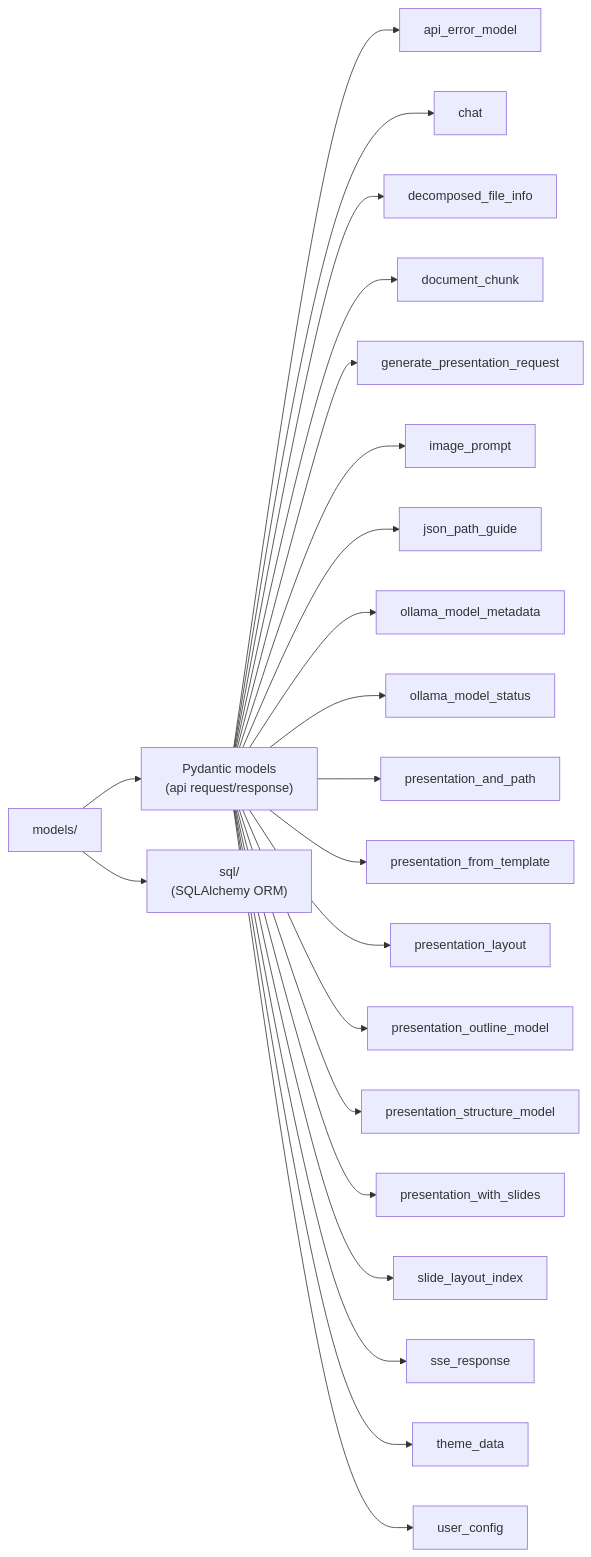
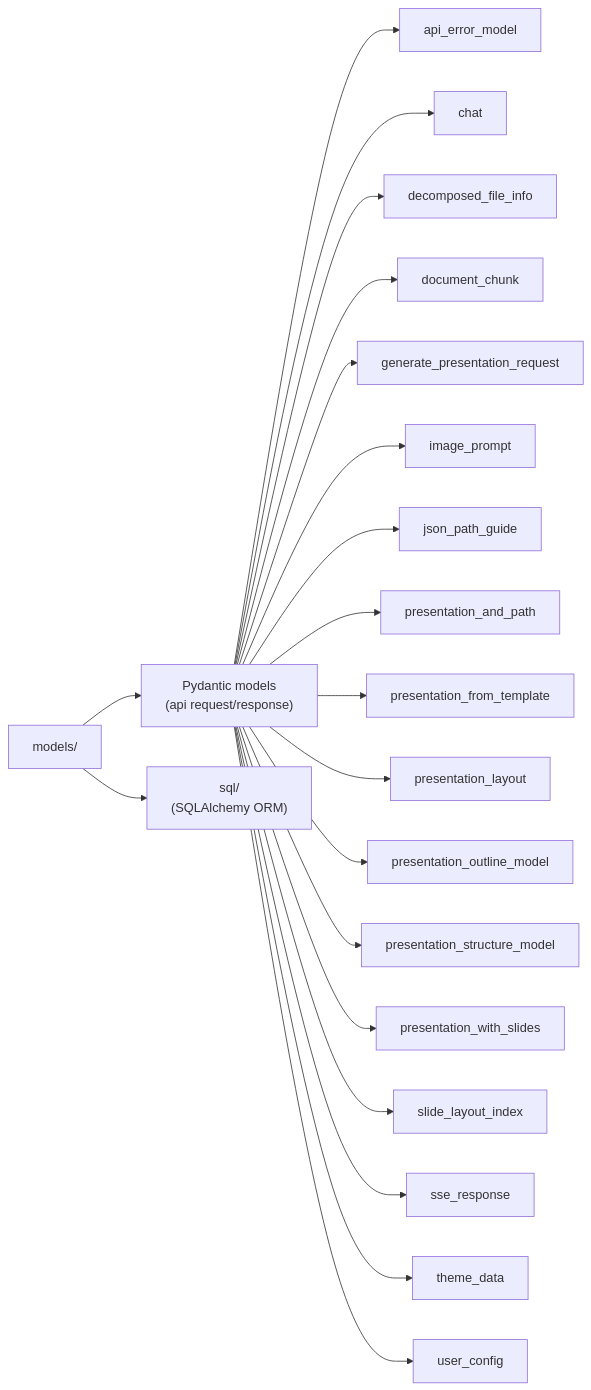
The sixth of 7 diagrams in docs/architecture/03-level-fastapi.md (xuanthai-work/presenton-gapo), drawn with Mermaid before and after one commit. The commit also changed other lines of this file and 120 other files, not shown here.

````diff
--- a/docs/architecture/03-level-fastapi.md
+++ b/docs/architecture/03-level-fastapi.md
@@ -295,26 +286,24 @@
 ```mermaid
 graph LR
     Models["models/"]
     Models --> Pydantic["Pydantic models<br/>(api request/response)"]
     Models --> Sql["sql/<br/>(SQLAlchemy ORM)"]
 
     Pydantic --> ApiErr["api_error_model"]
     Pydantic --> ChatM["chat"]
     Pydantic --> Decomposed["decomposed_file_info"]
     Pydantic --> DocChunk["document_chunk"]
     Pydantic --> GenReq["generate_presentation_request"]
     Pydantic --> ImgPrompt["image_prompt"]
     Pydantic --> JsonPath["json_path_guide"]
-    Pydantic --> OllamaMeta["ollama_model_metadata"]
-    Pydantic --> OllamaStatus["ollama_model_status"]
     Pydantic --> PresPath["presentation_and_path"]
     Pydantic --> PresFromTpl["presentation_from_template"]
     Pydantic --> PresLayout["presentation_layout"]
     Pydantic --> PresOutline["presentation_outline_model"]
     Pydantic --> PresStruct["presentation_structure_model"]
     Pydantic --> PresWithSlides["presentation_with_slides"]
     Pydantic --> SlideLayoutIdx["slide_layout_index"]
     Pydantic --> SseResp["sse_response"]
     Pydantic --> ThemeData["theme_data"]
     Pydantic --> UserConfig["user_config"]
 ```
````
